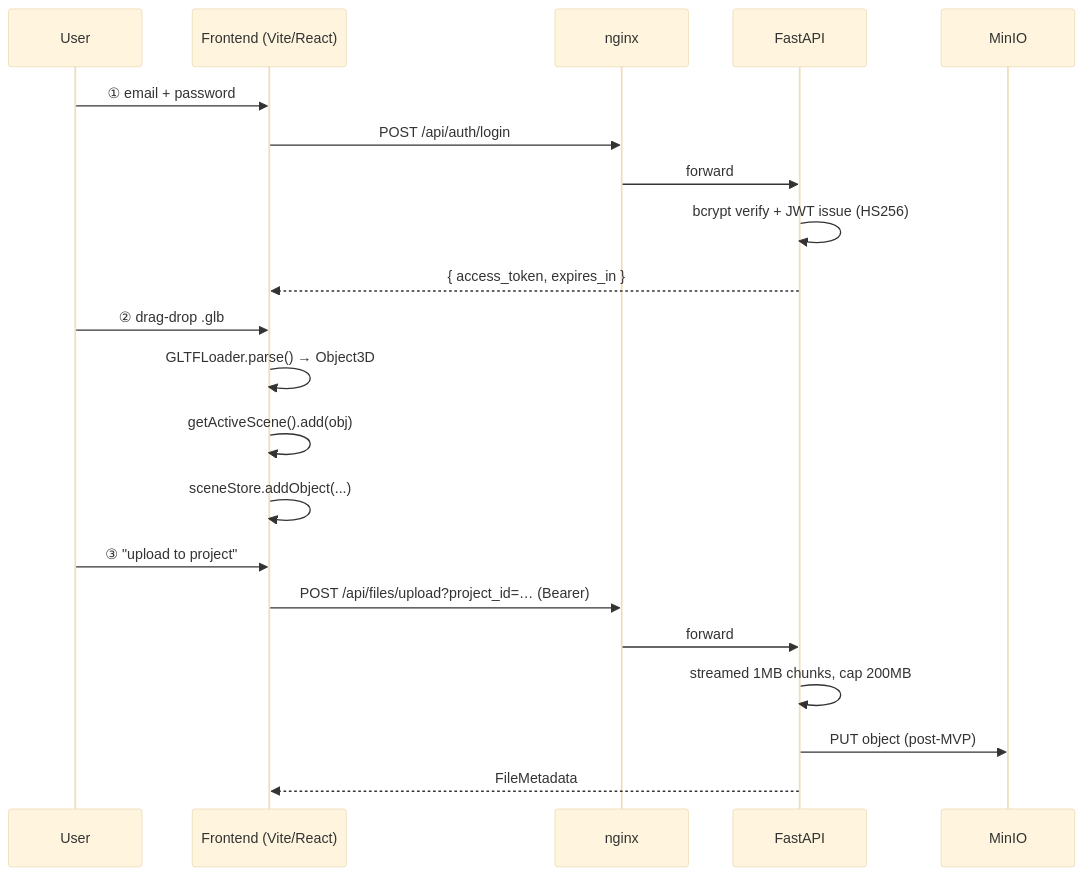
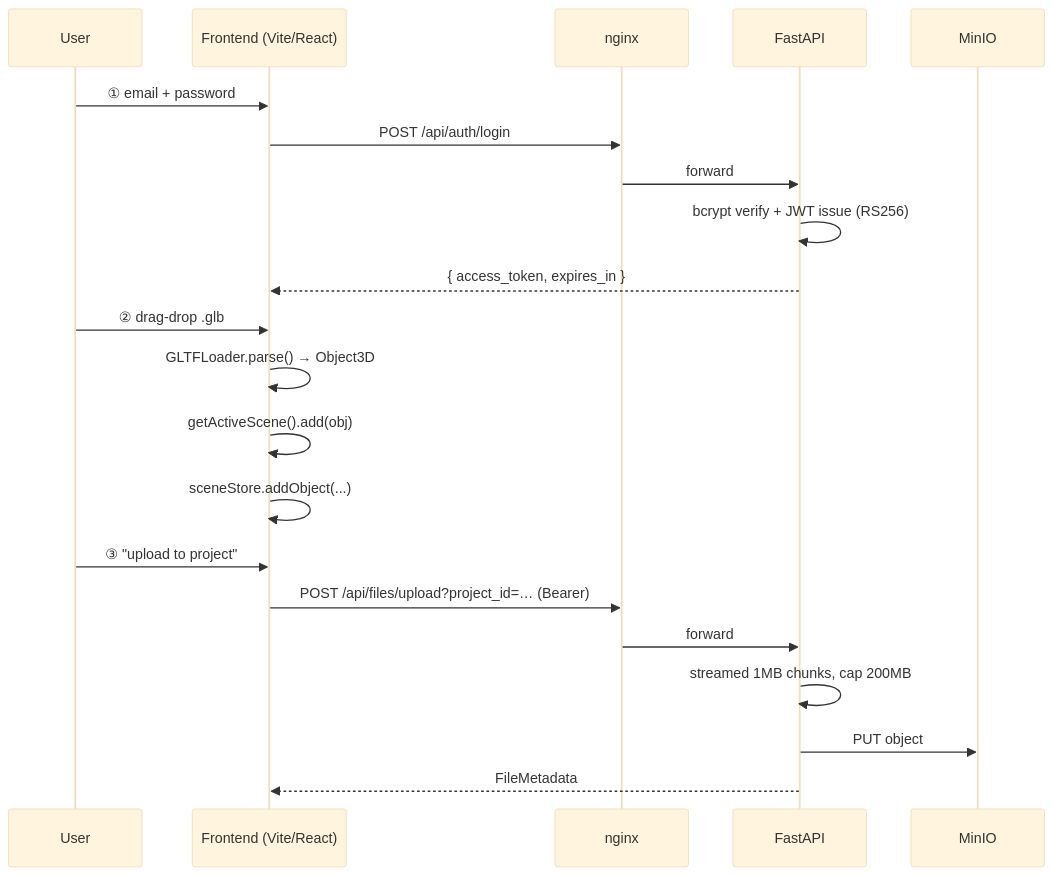
One commit to Kensan196948G/ArcSphere3D changed the second of 3 diagrams in docs/ARCHITECTURE.md. Above: the diagram before and after it, drawn with Mermaid (base theme). The commit also changed other lines of this file and 3 other files, not shown here.

First line of the commit message:
docs: sync ARCHITECTURE/SECURITY/README to reflect RS256+Postgres+MinIO reality

````diff
--- a/docs/ARCHITECTURE.md
+++ b/docs/ARCHITECTURE.md
@@ -48,26 +46,26 @@
 ```mermaid
 sequenceDiagram
     participant U as User
     participant FE as Frontend (Vite/React)
     participant N as nginx
     participant BE as FastAPI
     participant S as MinIO
 
     U->>FE: ① email + password
     FE->>N: POST /api/auth/login
     N->>BE: forward
-    BE->>BE: bcrypt verify + JWT issue (HS256)
+    BE->>BE: bcrypt verify + JWT issue (RS256)
     BE-->>FE: { access_token, expires_in }
 
     U->>FE: ② drag-drop .glb
     FE->>FE: GLTFLoader.parse() → Object3D
     FE->>FE: getActiveScene().add(obj)
     FE->>FE: sceneStore.addObject(...)
 
     U->>FE: ③ "upload to project"
     FE->>N: POST /api/files/upload?project_id=… (Bearer)
     N->>BE: forward
     BE->>BE: streamed 1MB chunks, cap 200MB
-    BE->>S: PUT object  (post-MVP)
+    BE->>S: PUT object
     BE-->>FE: FileMetadata
 ```
````
